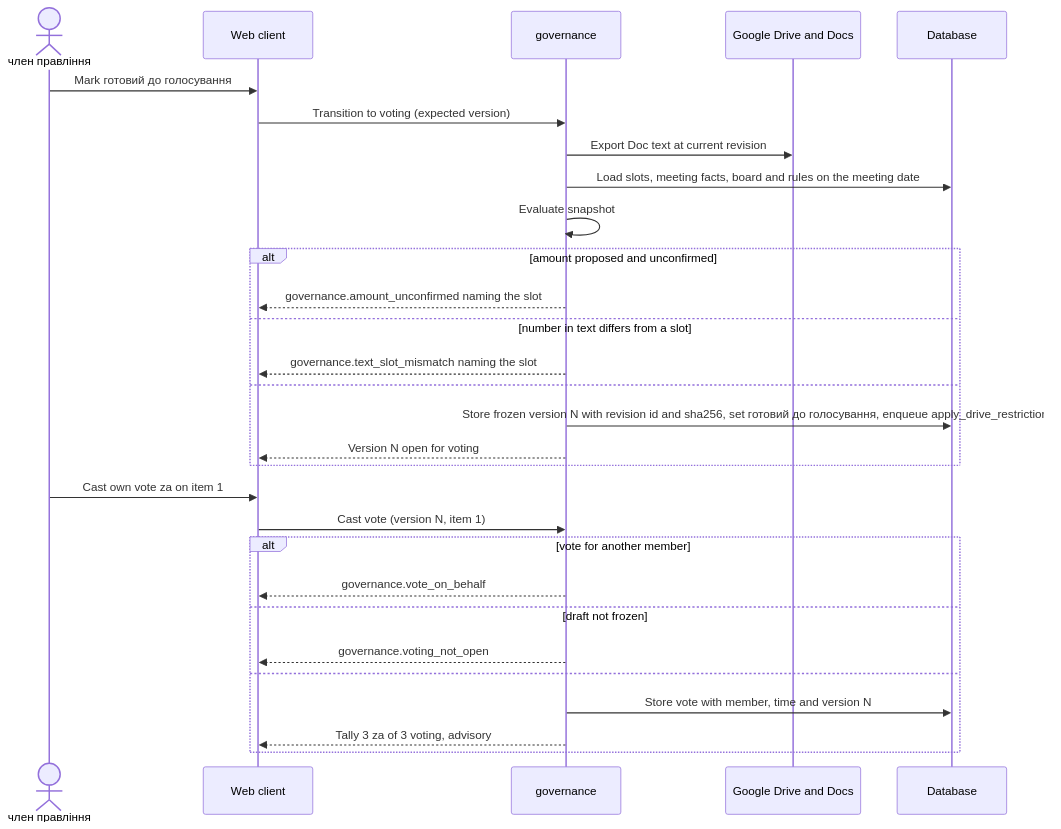
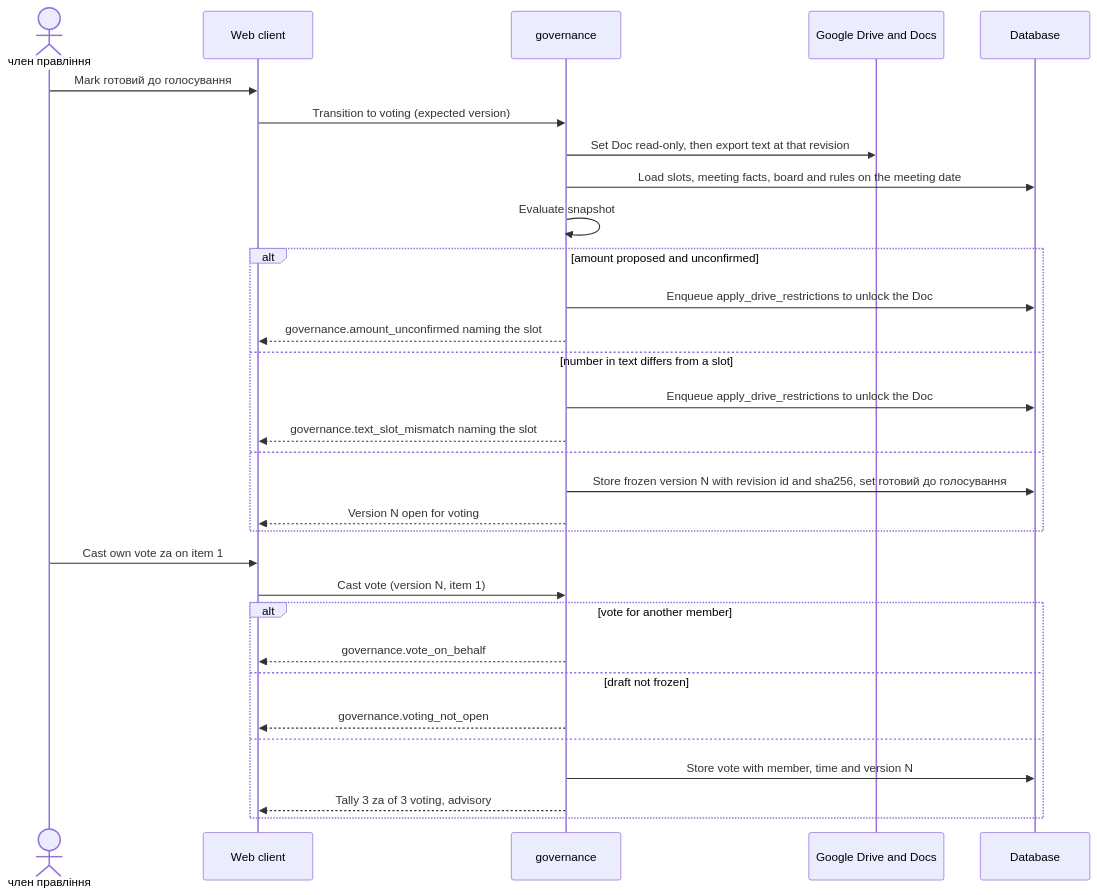
Before and after one commit to AndriiOpryshko/spilno: the fourth of 11 diagrams in docs/features/board-protocol/sad.ao-architecture.md, drawn with Mermaid. The commit also changed other lines of this file and 4 other files, not shown here.

First line of the commit message:
03: SAD + ADR for board-protocol via ao-architecture

````diff
--- a/docs/features/board-protocol/sad.ao-architecture.md
+++ b/docs/features/board-protocol/sad.ao-architecture.md
@@ -234,31 +247,33 @@
 ```mermaid
 sequenceDiagram
     actor M as член правління
     participant web as Web client
     participant gov as governance
     participant drive as Google Drive and Docs
     participant db as Database
     M->>web: Mark готовий до голосування
     web->>gov: Transition to voting (expected version)
-    gov->>drive: Export Doc text at current revision
+    gov->>drive: Set Doc read-only, then export text at that revision
     gov->>db: Load slots, meeting facts, board and rules on the meeting date
     gov->>gov: Evaluate snapshot
     alt amount proposed and unconfirmed
+        gov->>db: Enqueue apply_drive_restrictions to unlock the Doc
         gov-->>web: governance.amount_unconfirmed naming the slot
     else number in text differs from a slot
+        gov->>db: Enqueue apply_drive_restrictions to unlock the Doc
         gov-->>web: governance.text_slot_mismatch naming the slot
     else
-        gov->>db: Store frozen version N with revision id and sha256, set готовий до голосування, enqueue apply_drive_restrictions
+        gov->>db: Store frozen version N with revision id and sha256, set готовий до голосування
         gov-->>web: Version N open for voting
     end
     M->>web: Cast own vote za on item 1
     web->>gov: Cast vote (version N, item 1)
     alt vote for another member
         gov-->>web: governance.vote_on_behalf
     else draft not frozen
         gov-->>web: governance.voting_not_open
     else
         gov->>db: Store vote with member, time and version N
         gov-->>web: Tally 3 za of 3 voting, advisory
     end
 ```
````
